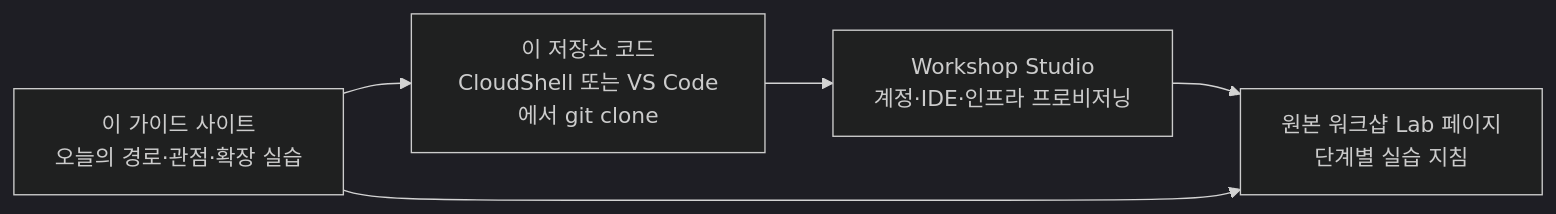
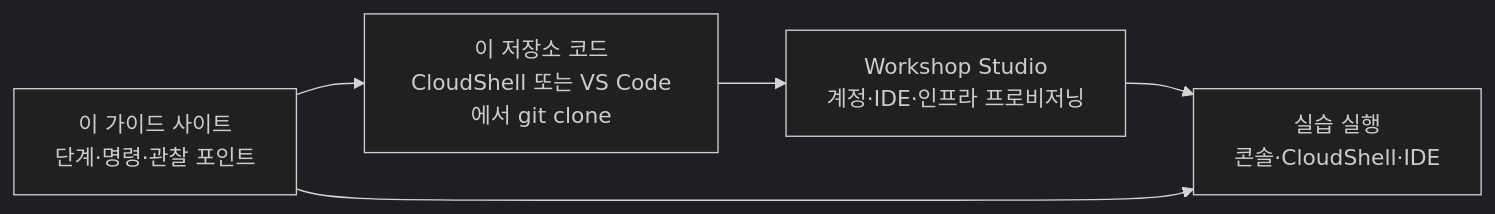
Before and after one commit to hsr87/devops-agent-workshop-kr: the diagram in docs/index.md, drawn with Mermaid (dark theme). The commit also changed other lines of this file and 7 other files, not shown here.

````diff
--- a/docs/index.md
+++ b/docs/index.md
@@ -26,7 +26,7 @@
 ```mermaid
 flowchart LR
-  A[Workshop Studio<br/>계정·IDE·인프라 프로비저닝] --> B[원본 워크샵 Lab 페이지<br/>단계별 실습 지침]
-  C[이 가이드 사이트<br/>오늘의 경로·관점·확장 실습] --> B
+  A[Workshop Studio<br/>계정·IDE·인프라 프로비저닝] --> B[실습 실행<br/>콘솔·CloudShell·IDE]
+  C[이 가이드 사이트<br/>단계·명령·관찰 포인트] --> B
   C --> D[이 저장소 코드<br/>CloudShell 또는 VS Code에서 git clone]
   D --> A
 ```
````
